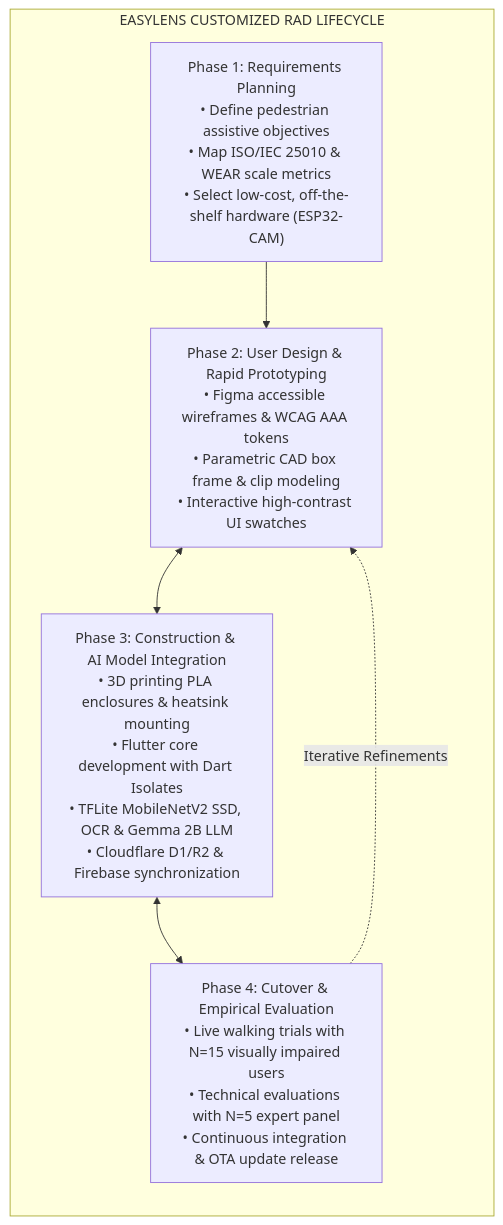
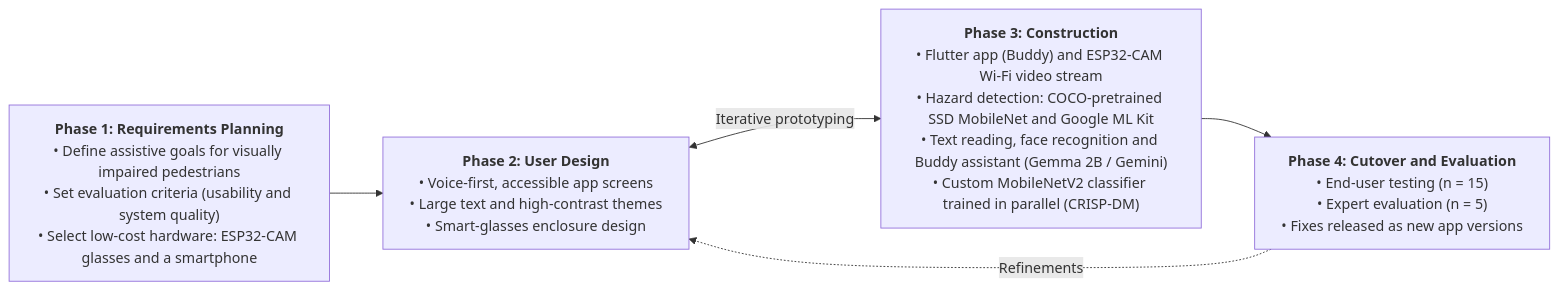
One commit to ciellamher/easylens changed the first of 2 diagrams in docs/figures/04_chapter_3_rad_and_user_journey.md. Above: the diagram before and after it, drawn with Mermaid. The commit also changed other lines of this file and 6 other files, not shown here.

First line of the commit message:
docs(figures): redraw CRISP-DM, RAD and dataset curation figures

````diff
--- a/docs/figures/04_chapter_3_rad_and_user_journey.md
+++ b/docs/figures/04_chapter_3_rad_and_user_journey.md
@@ -55,19 +55,16 @@
 ```mermaid
+%%{init: {"flowchart": {"wrappingWidth": 300, "nodeSpacing": 45, "rankSpacing": 60}}}%%
 flowchart LR
-    subgraph RAD_LIFECYCLE ["EASYLENS CUSTOMIZED RAD LIFECYCLE"]
-        direction TB
+    P1["<b>Phase 1: Requirements Planning</b><br/>• Define assistive goals for visually impaired pedestrians<br/>• Set evaluation criteria (usability and system quality)<br/>• Select low-cost hardware: ESP32-CAM glasses and a smartphone"]
 
-        P1["Phase 1: Requirements Planning\n• Define pedestrian assistive objectives\n• Map ISO/IEC 25010 & WEAR scale metrics\n• Select low-cost, off-the-shelf hardware (ESP32-CAM)"]
+    P2["<b>Phase 2: User Design</b><br/>• Voice-first, accessible app screens<br/>• Large text and high-contrast themes<br/>• Smart-glasses enclosure design"]
 
-        P2["Phase 2: User Design & Rapid Prototyping\n• Figma accessible wireframes & WCAG AAA tokens\n• Parametric CAD box frame & clip modeling\n• Interactive high-contrast UI swatches"]
+    P3["<b>Phase 3: Construction</b><br/>• Flutter app (Buddy) and ESP32-CAM Wi-Fi video stream<br/>• Hazard detection: COCO-pretrained SSD MobileNet and Google ML Kit<br/>• Text reading, face recognition and Buddy assistant (Gemma 2B / Gemini)<br/>• Custom MobileNetV2 classifier trained in parallel (CRISP-DM)"]
 
-        P3["Phase 3: Construction & AI Model Integration\n• 3D printing PLA enclosures & heatsink mounting\n• Flutter core development with Dart Isolates\n• TFLite MobileNetV2 SSD, OCR & Gemma 2B LLM\n• Cloudflare D1/R2 & Firebase synchronization"]
-
-        P4["Phase 4: Cutover & Empirical Evaluation\n• Live walking trials with N=15 visually impaired users\n• Technical evaluations with N=5 expert panel\n• Continuous integration & OTA update release"]
-    end
+    P4["<b>Phase 4: Cutover and Evaluation</b><br/>• End-user testing (n = 15)<br/>• Expert evaluation (n = 5)<br/>• Fixes released as new app versions"]
 
     P1 --> P2
-    P2 <--> P3
-    P3 <--> P4
-    P4 -.->|Iterative Refinements| P2
+    P2 <-->|Iterative prototyping| P3
+    P3 --> P4
+    P4 -.->|Refinements| P2
 ```
````
